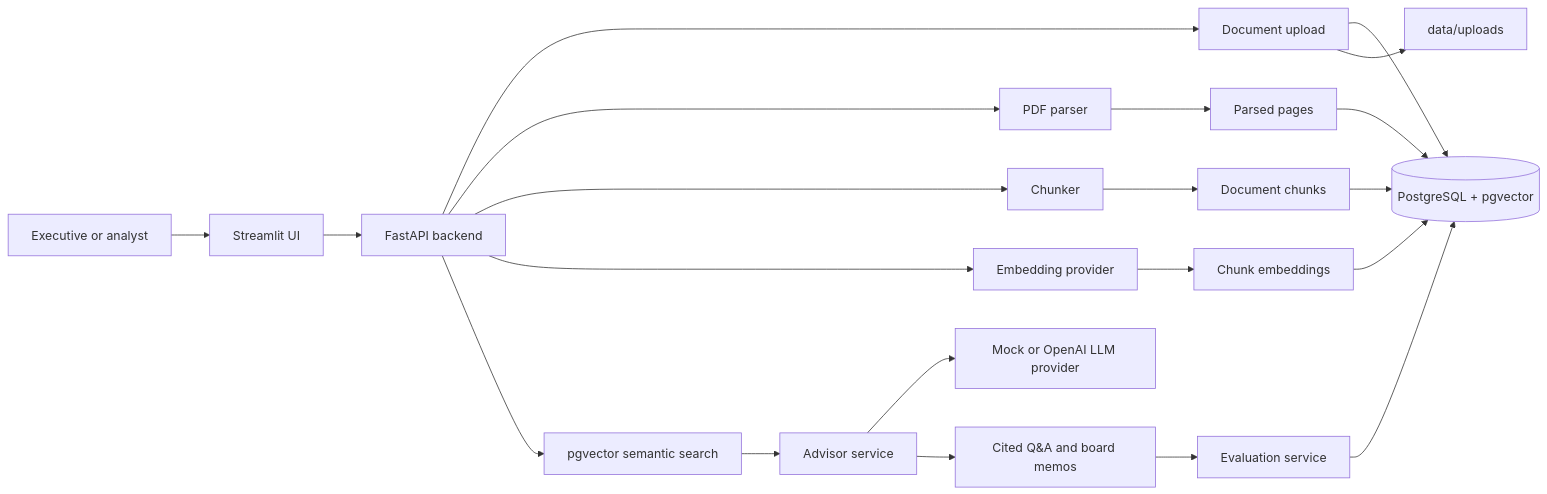
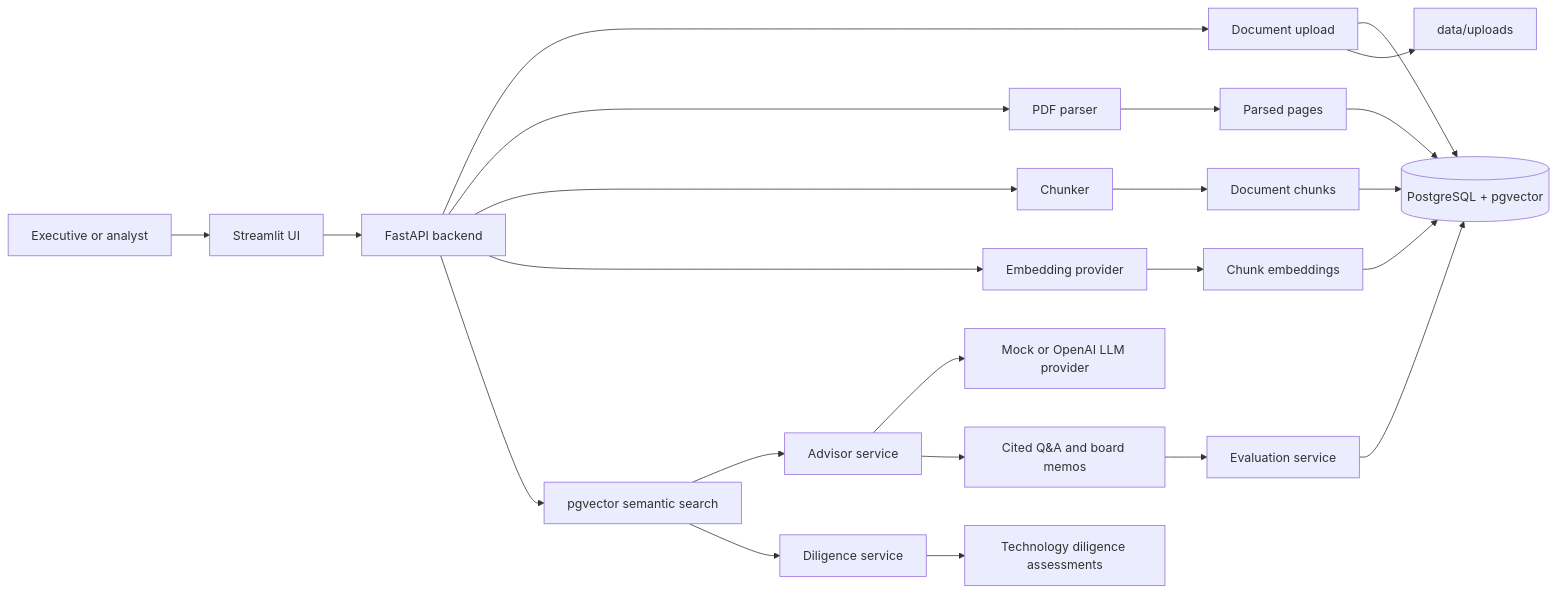
The diagram in docs/Architecture.md (serewicz/Executive-AI-Advisor), drawn with Mermaid before and after one commit. The commit also changed other lines of this file and 10 other files, not shown here.

Commit message:
Add technology due diligence module

````diff
--- a/docs/Architecture.md
+++ b/docs/Architecture.md
@@ -9,23 +9,25 @@
 ```mermaid
 flowchart LR
     User["Executive or analyst"] --> UI["Streamlit UI"]
     UI --> API["FastAPI backend"]
     API --> Upload["Document upload"]
     Upload --> DB[("PostgreSQL + pgvector")]
     Upload --> Files["data/uploads"]
     API --> Parser["PDF parser"]
     Parser --> Pages["Parsed pages"]
     Pages --> DB
     API --> Chunker["Chunker"]
     Chunker --> Chunks["Document chunks"]
     Chunks --> DB
     API --> Embedder["Embedding provider"]
     Embedder --> Vectors["Chunk embeddings"]
     Vectors --> DB
     API --> Search["pgvector semantic search"]
     Search --> Advisor["Advisor service"]
     Advisor --> LLM["Mock or OpenAI LLM provider"]
     Advisor --> Answers["Cited Q&A and board memos"]
+    Search --> Diligence["Diligence service"]
+    Diligence --> Assessments["Technology diligence assessments"]
     Answers --> Evaluation["Evaluation service"]
     Evaluation --> DB
 ```
````
